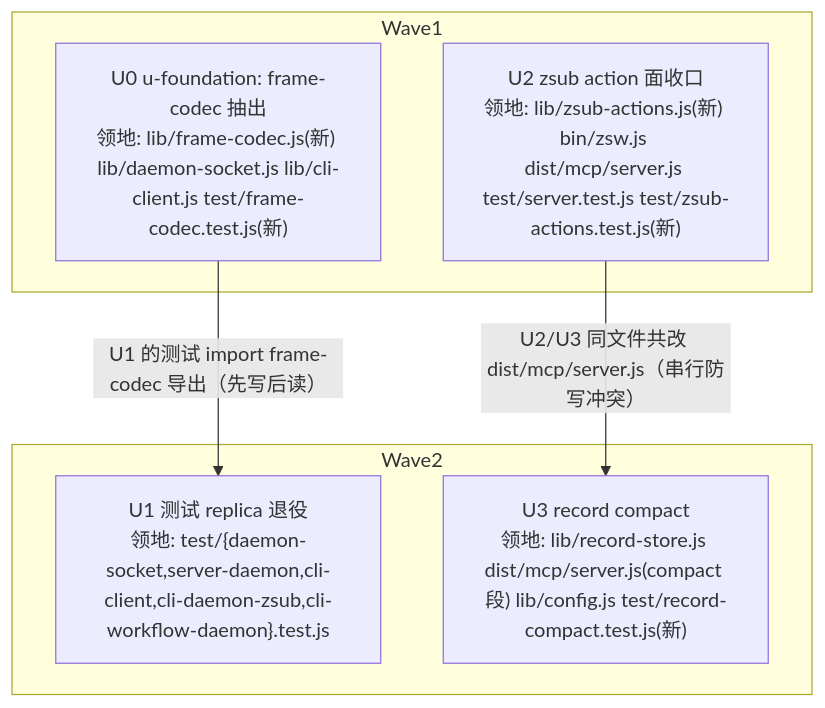
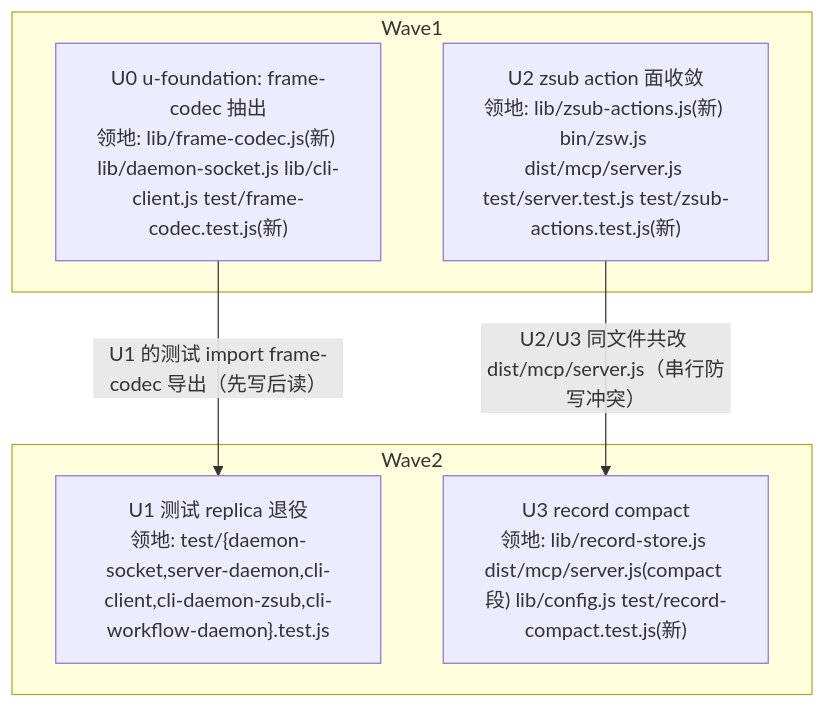
One commit to zhushanwen321/zcode-plugins changed the diagram in docs/design/zsw-socket-record-convergence-design.impl-plan.md. Above: the diagram before and after it, drawn with Mermaid. The commit also changed other lines of this file and 34 other files, not shown here.

````diff
--- a/docs/design/zsw-socket-record-convergence-design.impl-plan.md
+++ b/docs/design/zsw-socket-record-convergence-design.impl-plan.md
@@ -39,13 +39,13 @@
 ```mermaid
 graph TD
   subgraph W1[Wave1]
     U0["U0 u-foundation: frame-codec 抽出<br/>领地: lib/frame-codec.js(新) lib/daemon-socket.js lib/cli-client.js test/frame-codec.test.js(新)"]
-    U2["U2 zsub action 面收口<br/>领地: lib/zsub-actions.js(新) bin/zsw.js dist/mcp/server.js test/server.test.js test/zsub-actions.test.js(新)"]
+    U2["U2 zsub action 面收敛<br/>领地: lib/zsub-actions.js(新) bin/zsw.js dist/mcp/server.js test/server.test.js test/zsub-actions.test.js(新)"]
   end
   subgraph W2[Wave2]
     U1["U1 测试 replica 退役<br/>领地: test/{daemon-socket,server-daemon,cli-client,cli-daemon-zsub,cli-workflow-daemon}.test.js"]
     U3["U3 record compact<br/>领地: lib/record-store.js dist/mcp/server.js(compact 段) lib/config.js test/record-compact.test.js(新)"]
   end
   U0 -->|"U1 的测试 import frame-codec 导出（先写后读）"| U1
   U2 -->|"U2/U3 同文件共改 dist/mcp/server.js（串行防写冲突）"| U3
 ```
````
